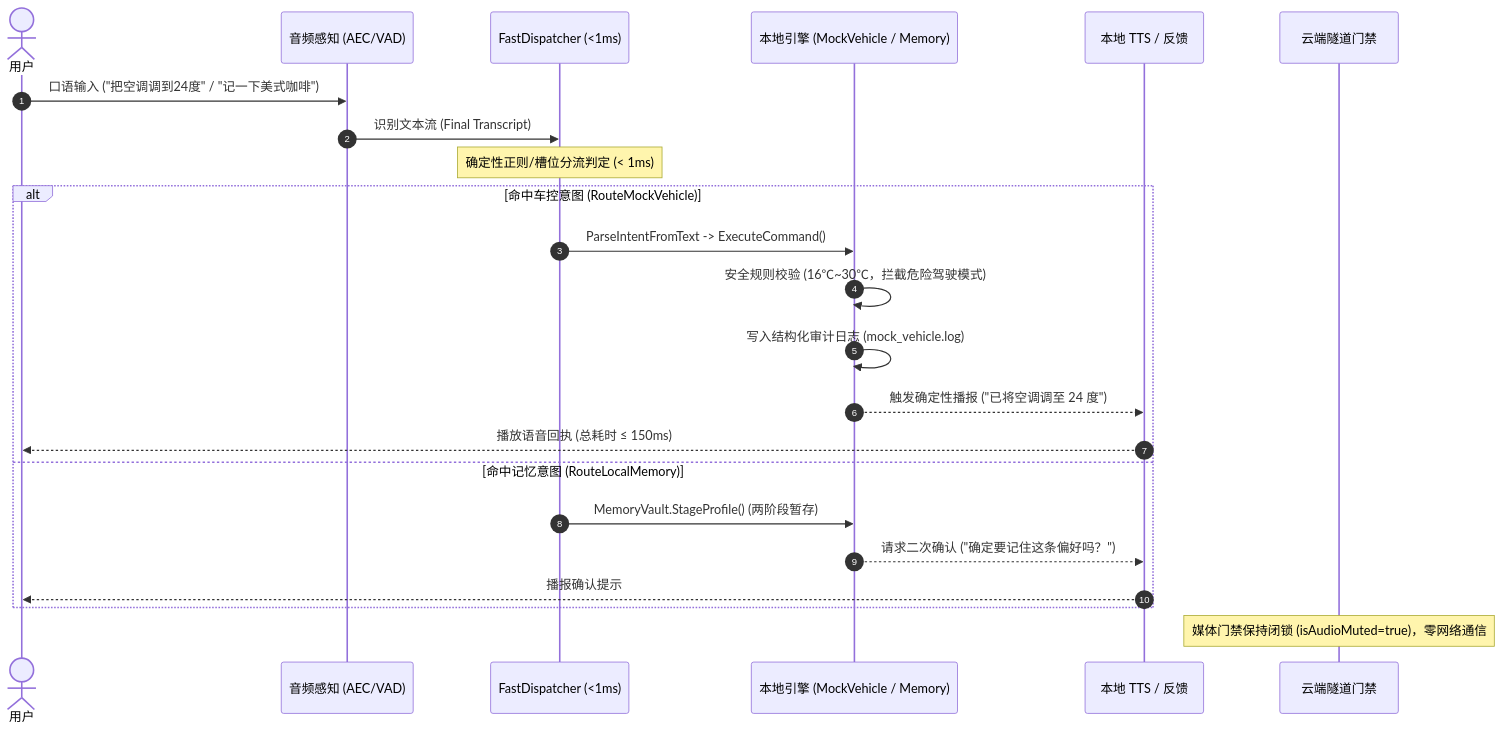
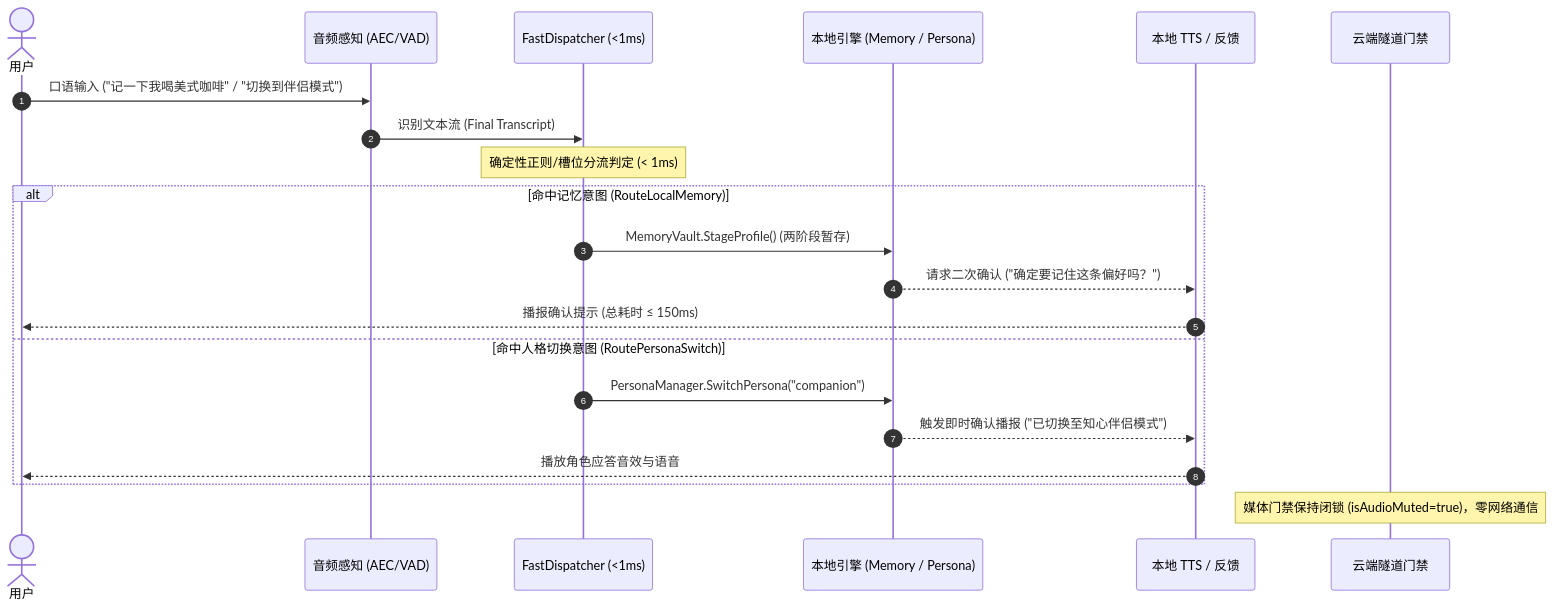
Before and after one commit to feixiao/FastAvatar: the second of 7 diagrams in docs/architecture.md, drawn with Mermaid. The commit also changed other lines of this file and 12 other files, not shown here.

````diff
--- a/docs/architecture.md
+++ b/docs/architecture.md
@@ -198,28 +194,26 @@
 ```mermaid
 sequenceDiagram
     autonumber
     actor User as 用户
     participant Audio as 音频感知 (AEC/VAD)
     participant Dispatcher as FastDispatcher (<1ms)
-    participant LocalEngine as 本地引擎 (MockVehicle / Memory)
+    participant LocalEngine as 本地引擎 (Memory / Persona)
     participant LocalTTS as 本地 TTS / 反馈
     participant CloudBridge as 云端隧道门禁
 
-    User->>Audio: 口语输入 ("把空调调到24度" / "记一下美式咖啡")
+    User->>Audio: 口语输入 ("记一下我喝美式咖啡" / "切换到伴侣模式")
     Audio->>Dispatcher: 识别文本流 (Final Transcript)
     Note over Dispatcher: 确定性正则/槽位分流判定 (< 1ms)
     
-    alt 命中车控意图 (RouteMockVehicle)
-        Dispatcher->>LocalEngine: ParseIntentFromText -> ExecuteCommand()
-        LocalEngine->>LocalEngine: 安全规则校验 (16℃~30℃，拦截危险驾驶模式)
-        LocalEngine->>LocalEngine: 写入结构化审计日志 (mock_vehicle.log)
-        LocalEngine-->>LocalTTS: 触发确定性播报 ("已将空调调至 24 度")
-        LocalTTS-->>User: 播放语音回执 (总耗时 ≤ 150ms)
-    else 命中记忆意图 (RouteLocalMemory)
+    alt 命中记忆意图 (RouteLocalMemory)
         Dispatcher->>LocalEngine: MemoryVault.StageProfile() (两阶段暂存)
         LocalEngine-->>LocalTTS: 请求二次确认 ("确定要记住这条偏好吗？")
-        LocalTTS-->>User: 播报确认提示
+        LocalTTS-->>User: 播报确认提示 (总耗时 ≤ 150ms)
+    else 命中人格切换意图 (RoutePersonaSwitch)
+        Dispatcher->>LocalEngine: PersonaManager.SwitchPersona("companion")
+        LocalEngine-->>LocalTTS: 触发即时确认播报 ("已切换至知心伴侣模式")
+        LocalTTS-->>User: 播放角色应答音效与语音
     end
 
     Note over CloudBridge: 媒体门禁保持闭锁 (isAudioMuted=true)，零网络通信
 ```
````
